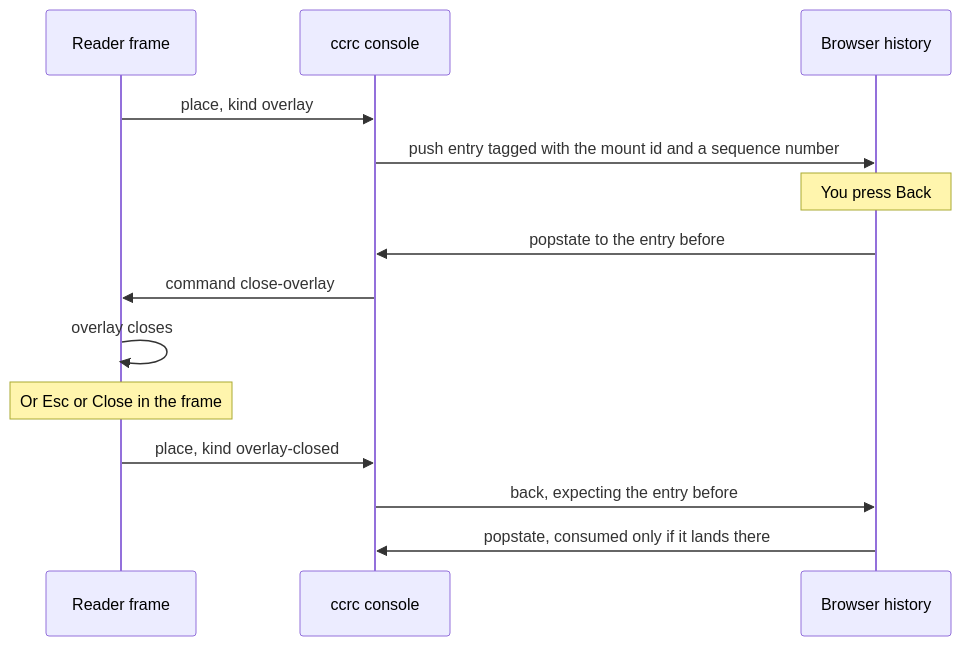
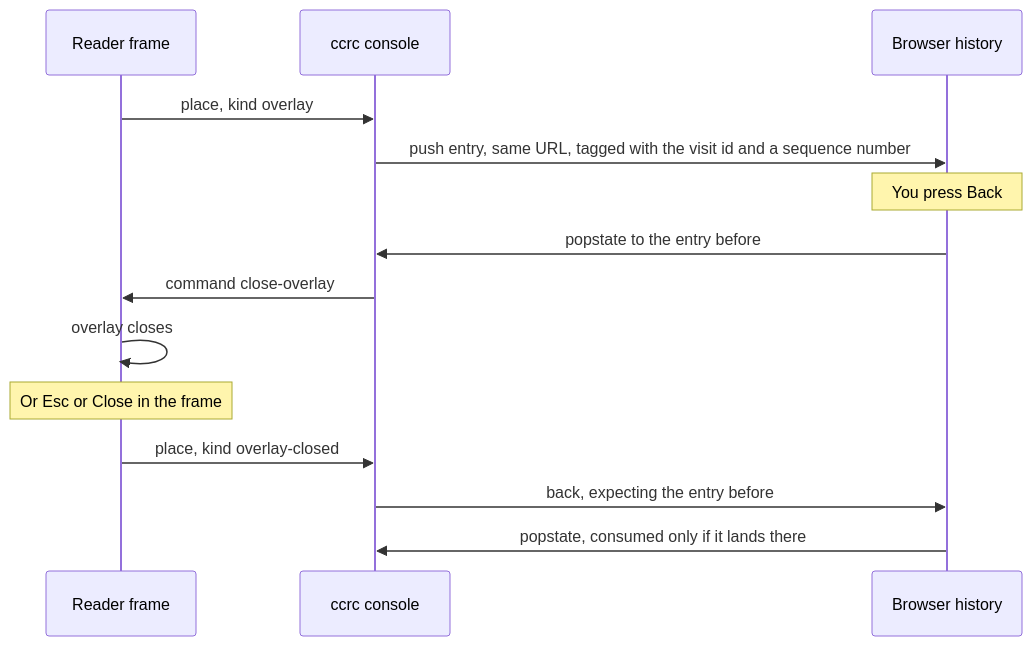
One commit to Synapsium-Labs/ccrc-pwa changed the sixth of 7 diagrams in docs/superpowers/specs/2026-11-18-native-docs-parity-design.md. Above: the diagram before and after it, drawn with Mermaid. The commit also changed other lines of this file and 1 other file, not shown here.

````diff
--- a/docs/superpowers/specs/2026-11-18-native-docs-parity-design.md
+++ b/docs/superpowers/specs/2026-11-18-native-docs-parity-design.md
@@ -395,16 +395,16 @@
 ```mermaid
 sequenceDiagram
   participant F as Reader frame
   participant H as ccrc console
   participant B as Browser history
   F->>H: place, kind overlay
-  H->>B: push entry tagged with the mount id and a sequence number
+  H->>B: push entry, same URL, tagged with the visit id and a sequence number
   Note over B: You press Back
   B->>H: popstate to the entry before
   H->>F: command close-overlay
   F->>F: overlay closes
   Note over F: Or Esc or Close in the frame
   F->>H: place, kind overlay-closed
   H->>B: back, expecting the entry before
   B->>H: popstate, consumed only if it lands there
 ```
````
